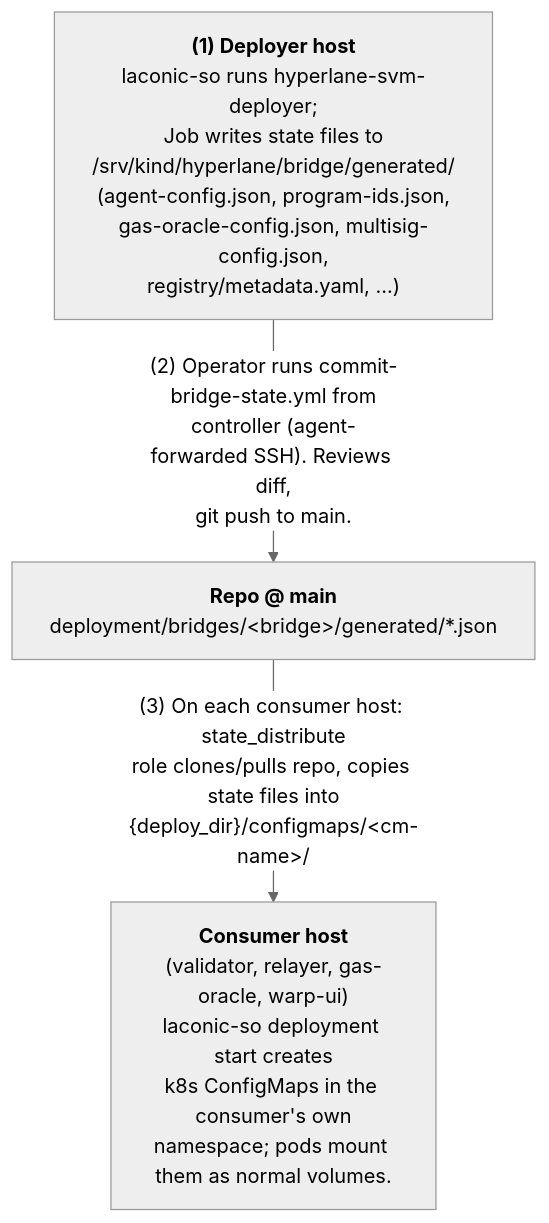
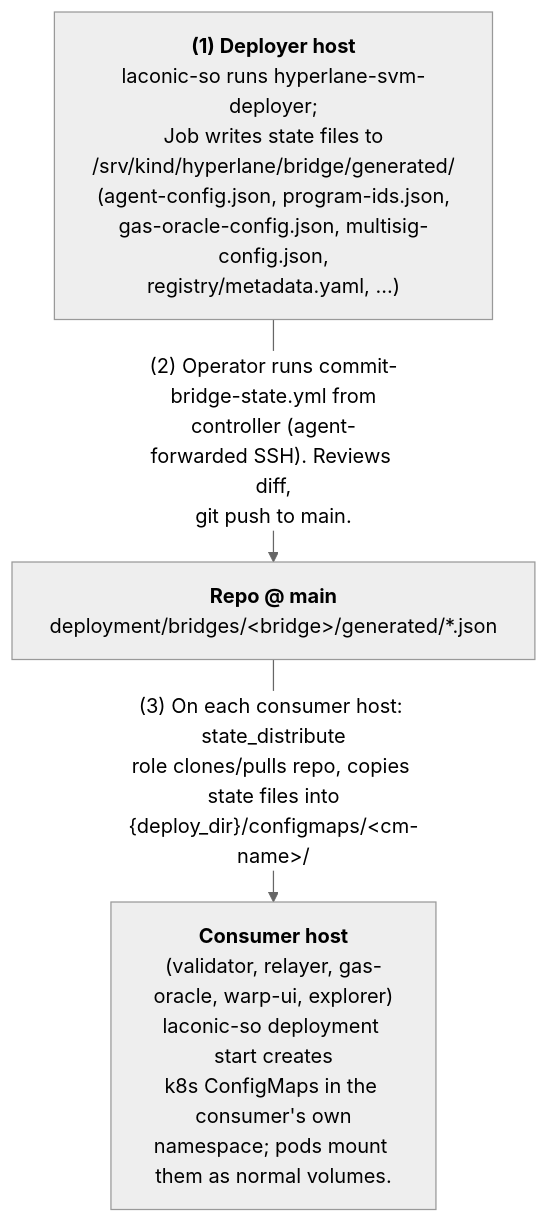
The third of 4 diagrams in docs/architecture-decisions.md (gorbagana-dev/hyperlane-stacks), drawn with Mermaid (neutral theme) before and after one commit. The commit also changed other lines of this file and 78 other files, not shown here.

````diff
--- a/docs/architecture-decisions.md
+++ b/docs/architecture-decisions.md
@@ -540,8 +545,8 @@
 ```mermaid
 flowchart TD
     D["<b>(1) Deployer host</b><br/>laconic-so runs hyperlane-svm-deployer;<br/>Job writes state files to<br/>/srv/kind/hyperlane/bridge/generated/<br/>(agent-config.json, program-ids.json,<br/>gas-oracle-config.json, multisig-config.json,<br/>registry/metadata.yaml, ...)"]
     R["<b>Repo @ main</b><br/>deployment/bridges/&lt;bridge&gt;/generated/*.json"]
-    C["<b>Consumer host</b><br/>(validator, relayer, gas-oracle, warp-ui)<br/>laconic-so deployment start creates<br/>k8s ConfigMaps in the consumer's own<br/>namespace; pods mount them as normal volumes."]
+    C["<b>Consumer host</b><br/>(validator, relayer, gas-oracle, warp-ui, explorer)<br/>laconic-so deployment start creates<br/>k8s ConfigMaps in the consumer's own<br/>namespace; pods mount them as normal volumes."]
     D -- "(2) Operator runs commit-bridge-state.yml from<br/>controller (agent-forwarded SSH). Reviews diff,<br/>git push to main." --> R
     R -- "(3) On each consumer host: state_distribute<br/>role clones/pulls repo, copies state files into<br/>{deploy_dir}/configmaps/&lt;cm-name&gt;/" --> C
 ```
````
